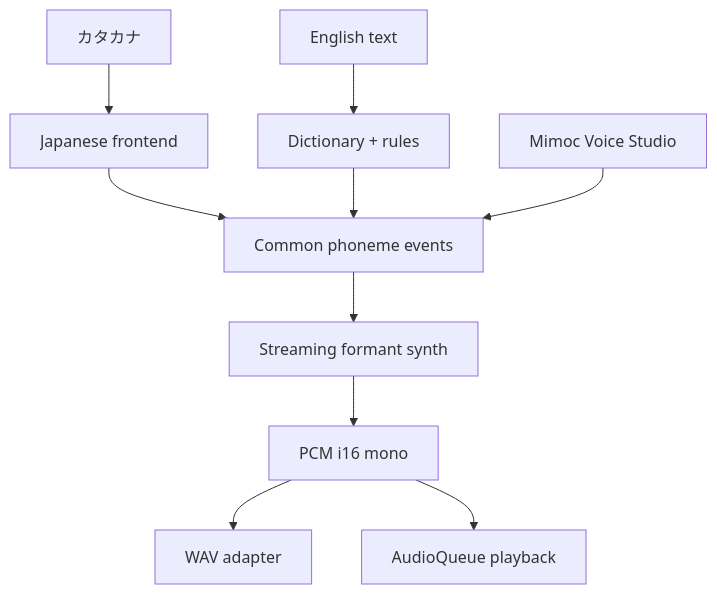
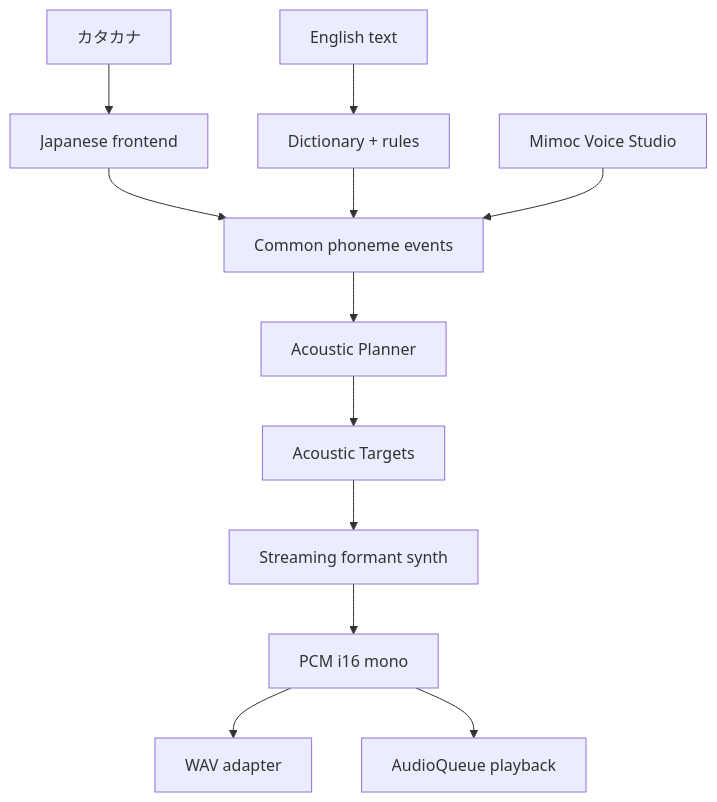
One commit to moribit/mimoc-voice changed the diagram in README.md. Above: the diagram before and after it, drawn with Mermaid. The commit also changed other lines of this file and 6 other files, not shown here.

````diff
--- a/README.md
+++ b/README.md
@@ -18,12 +19,14 @@
 ```mermaid
 flowchart TD
     JA[カタカナ] --> J[Japanese frontend]
     EN[English text] --> E[Dictionary + rules]
     J --> P[Common phoneme events]
     E --> P
-    P --> S[Streaming formant synth]
+    P --> AP[Acoustic Planner]
+    AP --> AT[Acoustic Targets]
+    AT --> S[Streaming formant synth]
     S --> PCM[PCM i16 mono]
     PCM --> WAV[WAV adapter]
     PCM --> A[AudioQueue playback]
     ST[Mimoc Voice Studio] --> P
 ```
````
